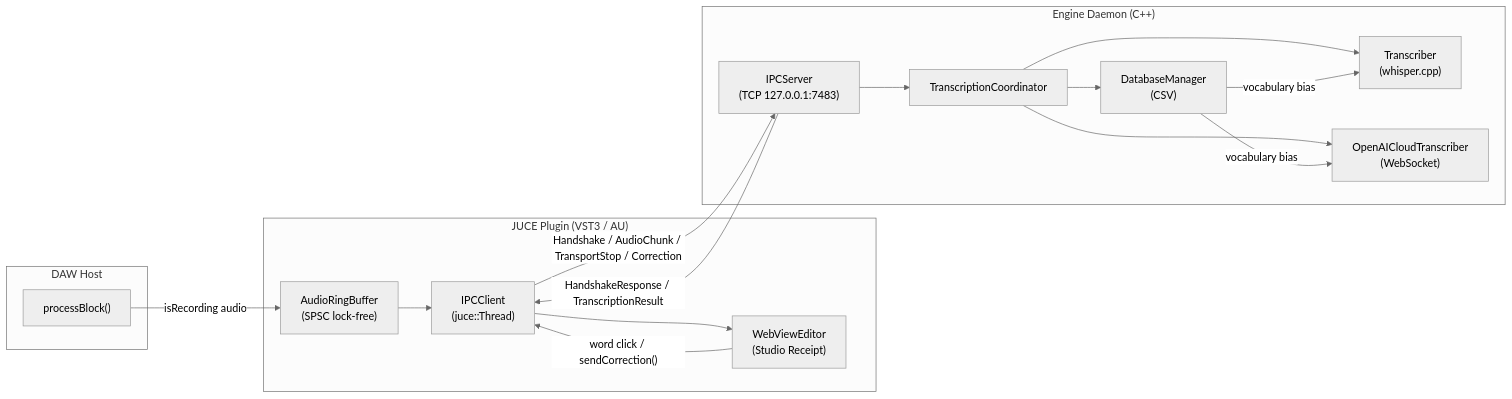
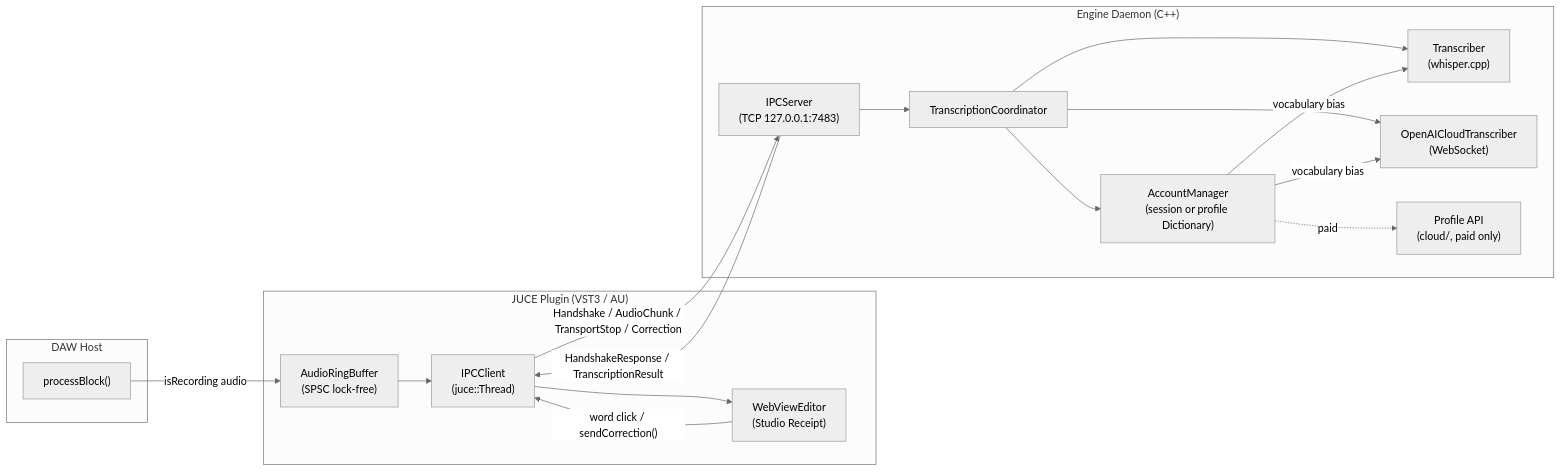
The diagram in README.md (keeganmoody33/punch2pen), drawn with Mermaid (neutral theme) before and after one commit. The commit also changed other lines of this file and 63 other files, not shown here.

First line of the commit message:
Paid profile path: plugin login, portable dictionary, isolated workspace seats (#30)

````diff
--- a/README.md
+++ b/README.md
@@ -9,33 +9,35 @@
 ```mermaid
 flowchart LR
     subgraph DAW["DAW Host"]
         PB["processBlock()"]
     end
 
     subgraph Plugin["JUCE Plugin (VST3 / AU)"]
         RB["AudioRingBuffer<br/>(SPSC lock-free)"]
         IPC_C["IPCClient<br/>(juce::Thread)"]
         WV["WebViewEditor<br/>(Studio Receipt)"]
     end
 
     subgraph Engine["Engine Daemon (C++)"]
         IPC_S["IPCServer<br/>(TCP 127.0.0.1:7483)"]
         TC["TranscriptionCoordinator"]
         T["Transcriber<br/>(whisper.cpp)"]
         OAI["OpenAICloudTranscriber<br/>(WebSocket)"]
-        DB["DatabaseManager<br/>(CSV)"]
+        ACC["AccountManager<br/>(session or profile Dictionary)"]
+        API["Profile API<br/>(cloud/, paid only)"]
     end
 
     PB -- "isRecording audio" --> RB
     RB --> IPC_C
     IPC_C -- "Handshake / AudioChunk / TransportStop / Correction" --> IPC_S
     IPC_S --> TC
     TC --> T
     TC --> OAI
-    TC --> DB
+    TC --> ACC
+    ACC -. paid .-> API
     IPC_S -- "HandshakeResponse / TranscriptionResult" --> IPC_C
     IPC_C --> WV
     WV -- "word click / sendCorrection()" --> IPC_C
-    DB -- "vocabulary bias" --> T
-    DB -- "vocabulary bias" --> OAI
+    ACC -- "vocabulary bias" --> T
+    ACC -- "vocabulary bias" --> OAI
 ```
````
